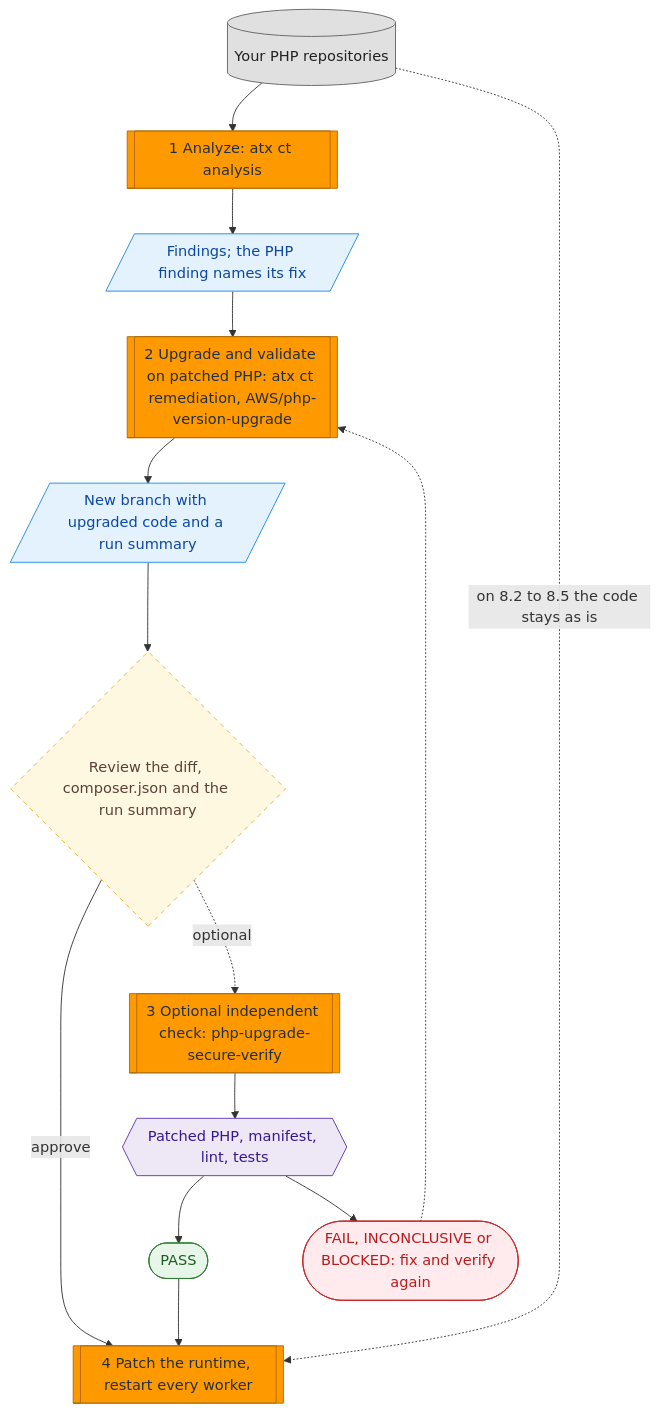
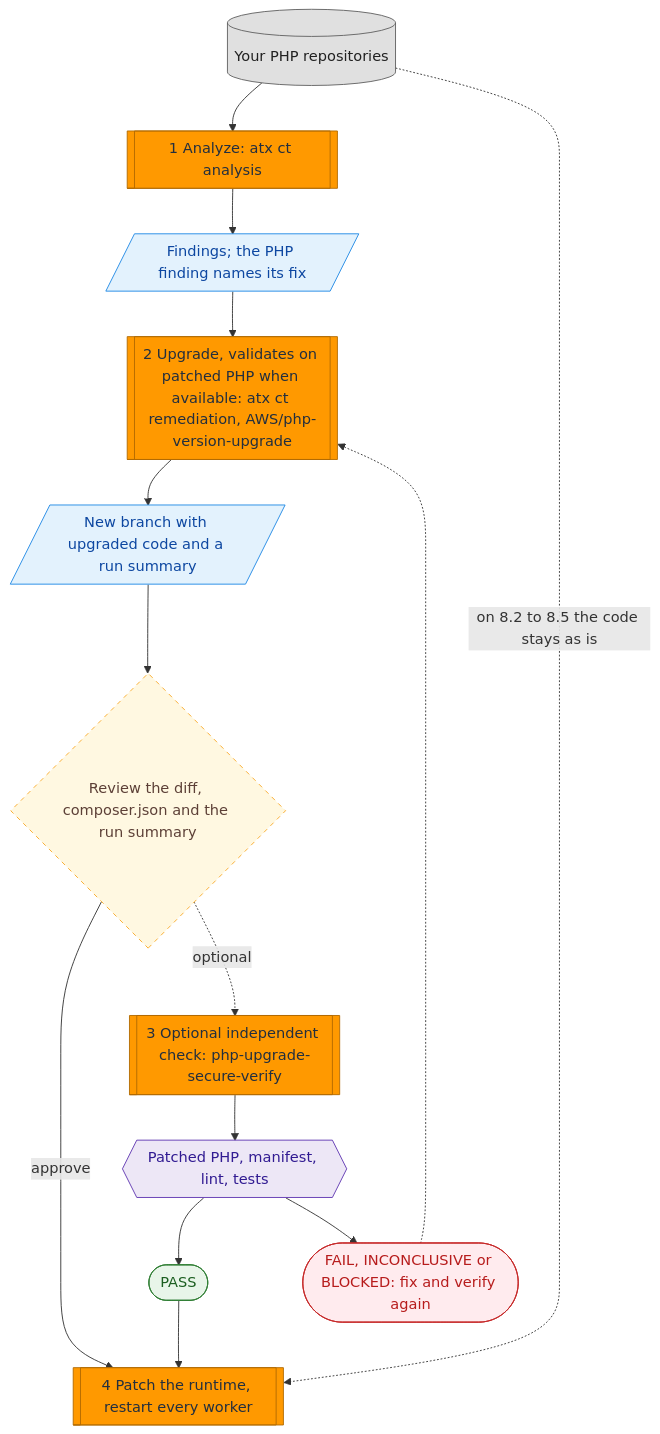
The diagram in community-sourced-transformations/php2shell-patch-and-verify/README.md (aws-samples/aws-transform-custom-samples), drawn with Mermaid before and after one commit. The commit also changed other lines of this file and 1 other file, not shown here.

First line of the commit message:
php2shell: address review; add runs with an unpatched host PHP 8.5.3

````diff
--- a/community-sourced-transformations/php2shell-patch-and-verify/README.md
+++ b/community-sourced-transformations/php2shell-patch-and-verify/README.md
@@ -34,37 +34,37 @@
 ```mermaid
 flowchart TB
     R[("Your PHP repositories")]
     S1[["1 Analyze: atx ct analysis"]]
     F1[/"Findings; the PHP finding names its fix"/]
-    S2[["2 Upgrade and validate on patched PHP: atx ct remediation, AWS/php-version-upgrade"]]
+    S2[["2 Upgrade, validates on patched PHP when available: atx ct remediation, AWS/php-version-upgrade"]]
     B[/"New branch with upgraded code and a run summary"/]
     H{"Review the diff, composer.json and the run summary"}
     S3[["3 Optional independent check: php-upgrade-secure-verify"]]
     G{{"Patched PHP, manifest, lint, tests"}}
     OK(["PASS"])
     NO(["FAIL, INCONCLUSIVE or BLOCKED: fix and verify again"])
     S4[["4 Patch the runtime, restart every worker"]]
 
     R --> S1 --> F1 --> S2 --> B --> H
     H -->|approve| S4
     H -.->|optional| S3 --> G
     G --> OK --> S4
     G --> NO
     NO -.-> S2
     R -.->|on 8.2 to 8.5 the code stays as is| S4
 
     classDef src fill:#E0E0E0,stroke:#616161,color:#212121
     classDef step fill:#FF9900,stroke:#B26B00,color:#232F3E
     classDef out fill:#E3F2FD,stroke:#1E88E5,color:#0D47A1
     classDef human fill:#FFF8E1,stroke:#F9A825,stroke-dasharray:5 5,color:#5D4037
     classDef gate fill:#EDE7F6,stroke:#5E35B1,color:#311B92
     classDef pass fill:#E8F5E9,stroke:#2E7D32,color:#1B5E20
     classDef fail fill:#FFEBEE,stroke:#C62828,color:#B71C1C
     class R src
     class S1,S2,S3,S4 step
     class F1,B out
     class H human
     class G gate
     class OK pass
     class NO fail
 ```
````
